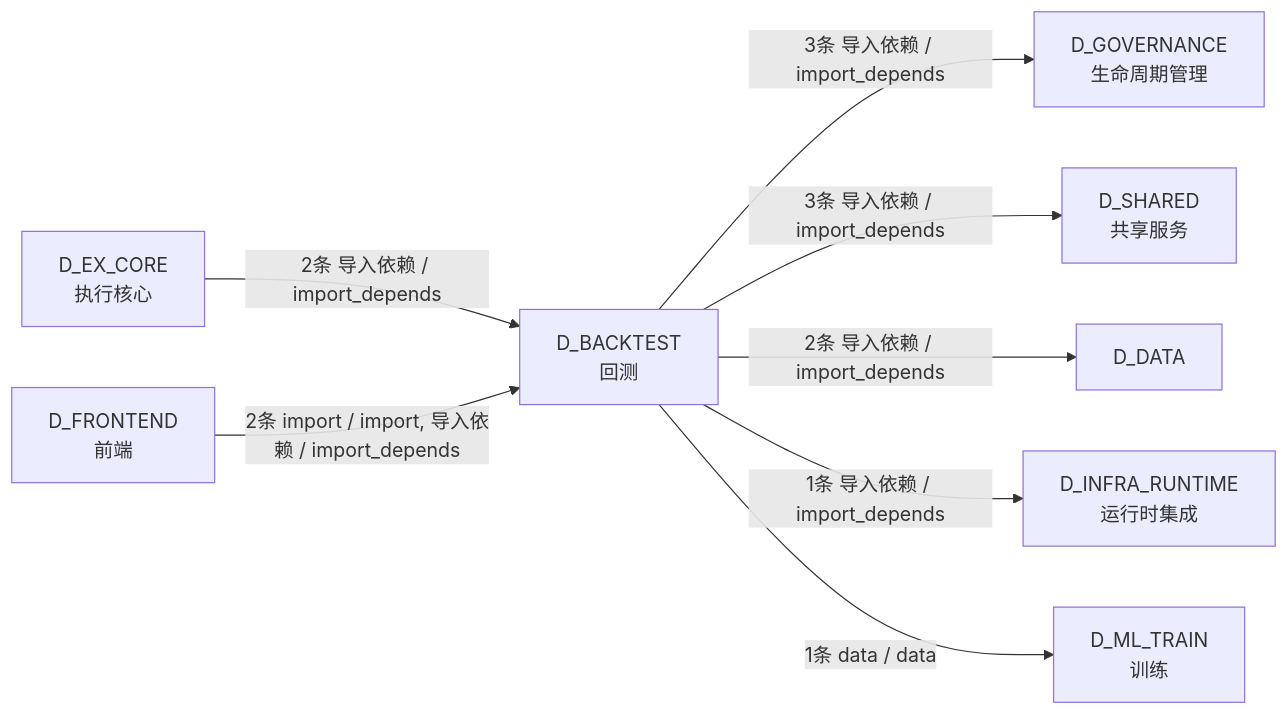
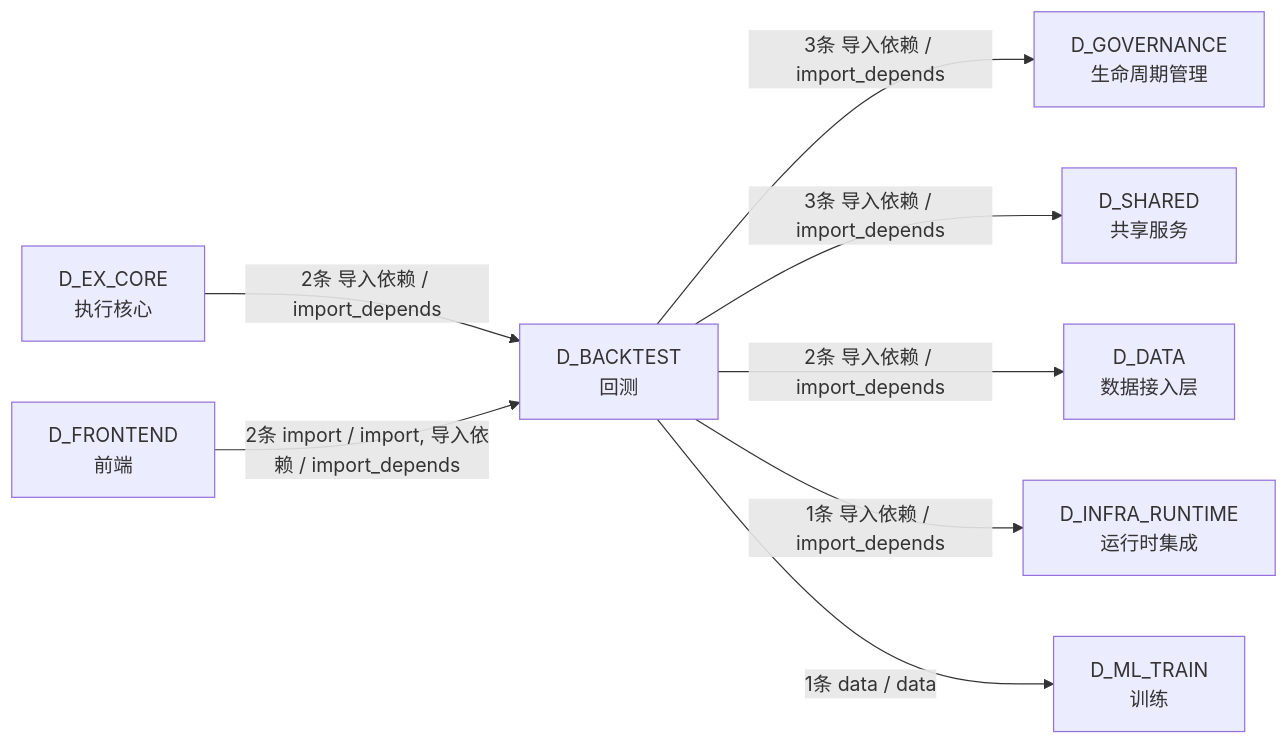
Before and after one commit to xuanFelixVan/ZephyrAlpha: the fifth of 5 diagrams in docs/02_enterprise_architecture/02_domain_architecture_docs/30_d_backtest.md, drawn with Mermaid. The commit also changed other lines of this file and 125 other files, not shown here.

````diff
--- a/docs/02_enterprise_architecture/02_domain_architecture_docs/30_d_backtest.md
+++ b/docs/02_enterprise_architecture/02_domain_architecture_docs/30_d_backtest.md
@@ -326,18 +326,18 @@
 ```mermaid
 graph LR
     D_BACKTEST["D_BACKTEST<br/>回测"]
     D_GOVERNANCE["D_GOVERNANCE<br/>生命周期管理"]
     D_SHARED["D_SHARED<br/>共享服务"]
-    D_DATA["D_DATA"]
+    D_DATA["D_DATA<br/>数据接入层"]
     D_INFRA_RUNTIME["D_INFRA_RUNTIME<br/>运行时集成"]
     D_ML_TRAIN["D_ML_TRAIN<br/>训练"]
     D_EX_CORE["D_EX_CORE<br/>执行核心"]
     D_FRONTEND["D_FRONTEND<br/>前端"]
     D_BACKTEST -->|3条 导入依赖 / import_depends| D_GOVERNANCE
     D_BACKTEST -->|3条 导入依赖 / import_depends| D_SHARED
     D_BACKTEST -->|2条 导入依赖 / import_depends| D_DATA
     D_BACKTEST -->|1条 导入依赖 / import_depends| D_INFRA_RUNTIME
     D_BACKTEST -->|1条 data / data| D_ML_TRAIN
     D_EX_CORE -->|2条 导入依赖 / import_depends| D_BACKTEST
     D_FRONTEND -->|2条 import / import, 导入依赖 / import_depends| D_BACKTEST
 ```
````
